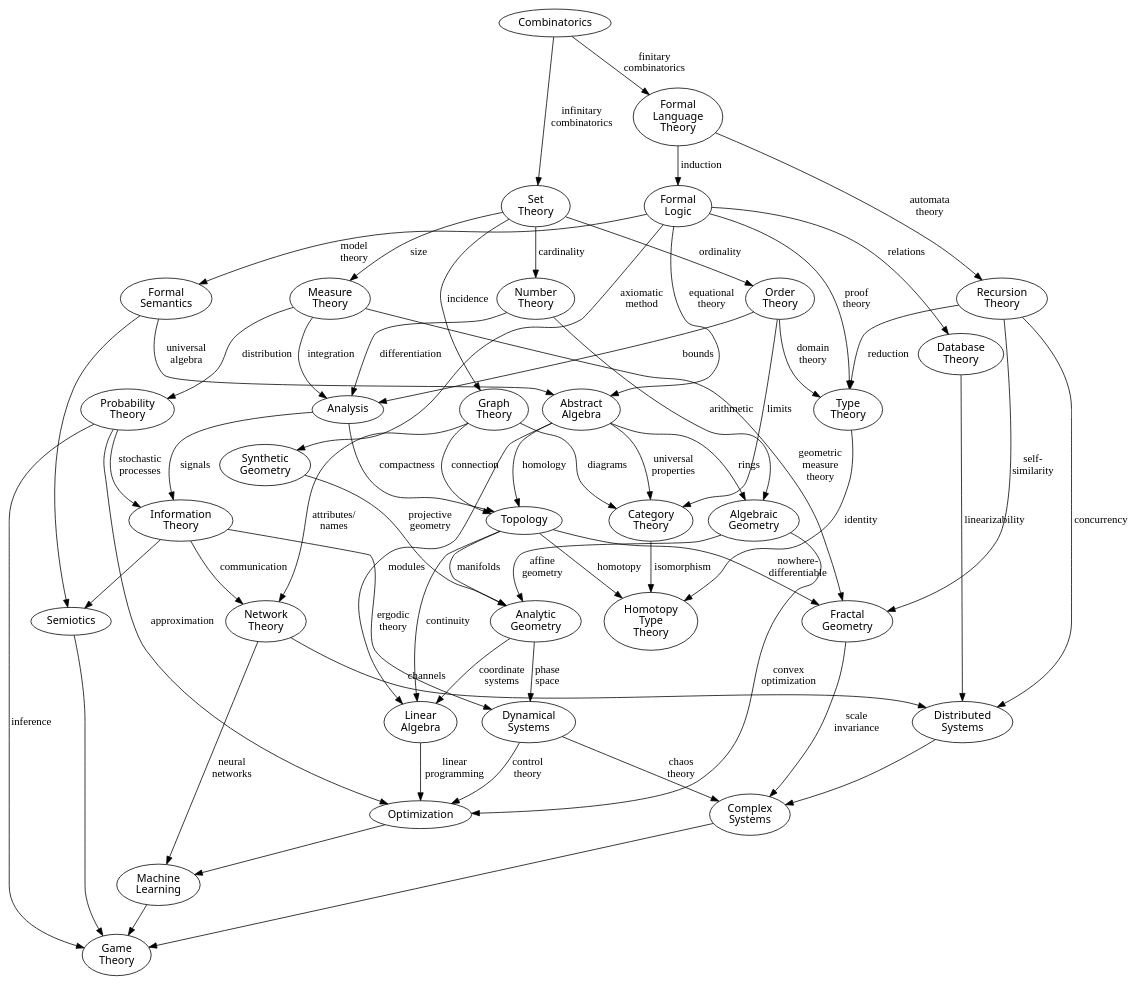
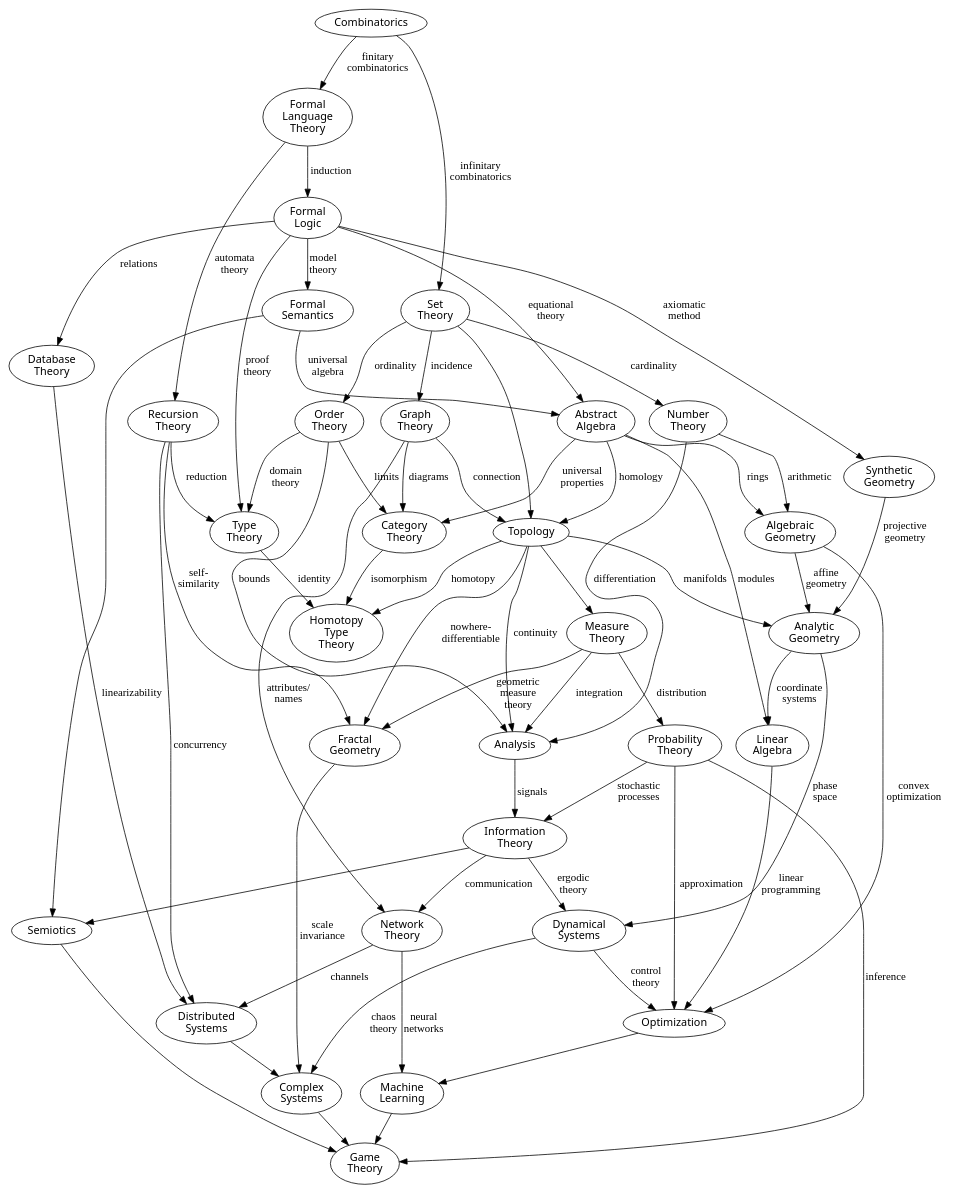
Before and after one commit to spearman/formal-logic: the diagram in topics.dot, drawn with Graphviz. The commit also changed 9 other files, not shown here.

```diff
--- a/topics.dot
+++ b/topics.dot
@@ -1,163 +1,163 @@
 digraph topics {
   node [ fontname = "sans" ];
   "Combinatorics";
   "Formal\nLanguage\nTheory";
   "Formal\nLogic";
   "Formal\nSemantics";
   "Semiotics";
   "Abstract\nAlgebra";
   "Set\nTheory";
   "Graph\nTheory";
   "Network\nTheory";
   "Dynamical\nSystems";
   "Category\nTheory";
   "Measure\nTheory";
   "Probability\nTheory";
   "Information\nTheory";
   "Game\nTheory";
   "Optimization";
   "Machine\nLearning";
   "Number\nTheory";
   "Algebraic\nGeometry";
   "Analytic\nGeometry";
   "Synthetic\nGeometry";
   "Fractal\nGeometry";
   "Order\nTheory";
   "Analysis";
   "Recursion\nTheory";
   "Distributed\nSystems";
   "Complex\nSystems";
   "Database\nTheory";
   "Type\nTheory";
   "Homotopy\nType\nTheory";
   "Combinatorics" -> "Formal\nLanguage\nTheory"
     [ label = "finitary\ncombinatorics", fontname="sans italic" ]
   "Formal\nLanguage\nTheory" -> "Formal\nLogic"
     [ label = "induction", fontname="sans italic" ]
   "Formal\nLogic" -> "Formal\nSemantics"
     [ label = "model\ntheory", fontname="sans italic" ]
   "Formal\nLogic" -> "Abstract\nAlgebra"
     [ label = "equational\ntheory", fontname="sans italic" ]
   "Formal\nSemantics" -> "Abstract\nAlgebra"
     [ label = "universal\nalgebra", fontname="sans italic" ]
   "Abstract\nAlgebra" -> "Category\nTheory"
     [ label = "universal\nproperties", fontname="sans italic" ]
   "Abstract\nAlgebra" -> "Linear\nAlgebra"
     [ label = "modules", fontname="sans italic" ]
   "Analytic\nGeometry" -> "Linear\nAlgebra"
     [ label = "coordinate\nsystems", fontname="sans italic" ]
   "Algebraic\nGeometry" -> "Optimization"
     [ label = "convex\noptimization", fontname="sans italic" ]
   "Linear\nAlgebra" -> "Optimization"
     [ label = "linear\nprogramming", fontname="sans italic" ]
   "Probability\nTheory" -> "Optimization"
     [ label = "approximation", fontname="sans italic" ]
   "Probability\nTheory" -> "Game\nTheory"
     [ label = "inference", fontname="sans italic" ]
-  "Topology" -> "Linear\nAlgebra"
+  "Topology" -> "Analysis"
     [ label = "continuity", fontname="sans italic" ]
+  "Topology" -> "Measure\nTheory"
+    [ label = "", fontname="sans italic" ]
   "Topology" -> "Analytic\nGeometry"
     [ label = "manifolds", fontname="sans italic" ]
   "Abstract\nAlgebra" -> "Topology"
     [ label = "homology", fontname="sans italic" ]
   "Formal\nLogic" -> "Synthetic\nGeometry"
     [ label = "axiomatic\nmethod", fontname="sans italic" ]
   "Synthetic\nGeometry" -> "Analytic\nGeometry"
     [ label = "projective\ngeometry", fontname="sans italic" ]
   "Algebraic\nGeometry" -> "Analytic\nGeometry"
     [ label = "affine\ngeometry", fontname="sans italic" ]
   "Analytic\nGeometry" -> "Dynamical\nSystems"
     [ label = "phase\nspace", fontname="sans italic" ]
   "Graph\nTheory" -> "Network\nTheory"
     [ label = "attributes/\nnames", fontname="sans italic" ]
   "Network\nTheory" -> "Distributed\nSystems"
     [ label = "channels", fontname="sans italic" ]
   "Distributed\nSystems" -> "Complex\nSystems"
     [ label = "", fontname="sans italic" ]
   "Dynamical\nSystems" -> "Complex\nSystems"
     [ label = "chaos\ntheory", fontname="sans italic" ]
   "Analysis" -> "Information\nTheory"
     [ label = "signals", fontname="sans italic" ]
   "Dynamical\nSystems" -> "Optimization"
     [ label = "control\ntheory", fontname="sans italic" ]
   "Optimization" -> "Machine\nLearning"
     [ label = "", fontname="sans italic" ]
   "Network\nTheory" -> "Machine\nLearning"
     [ label = "neural\nnetworks", fontname="sans italic" ]
   "Combinatorics" -> "Set\nTheory"
     [ label = "infinitary\ncombinatorics", fontname="sans italic" ]
   "Set\nTheory" -> "Order\nTheory"
     [ label = "ordinality", fontname="sans italic" ]
   "Set\nTheory" -> "Graph\nTheory"
     [ label = "incidence", fontname="sans italic" ]
+  "Set\nTheory" -> "Topology"
+    [ label = "", fontname="sans italic" ]
   "Graph\nTheory" -> "Category\nTheory"
     [ label = "diagrams", fontname="sans italic" ]
   "Graph\nTheory" -> "Topology"
     [ label = "connection", fontname="sans italic" ]
-  "Analysis" -> "Topology"
-    [ label = "compactness", fontname="sans italic" ]
   "Order\nTheory" -> "Type\nTheory"
     [ label = "domain\ntheory", fontname="sans italic" ]
   "Set\nTheory" -> "Number\nTheory"
     [ label = "cardinality", fontname="sans italic" ]
-  "Set\nTheory" -> "Measure\nTheory"
-    [ label = "size", fontname="sans italic" ]
   "Order\nTheory" -> "Analysis"
     [ label = "bounds", fontname="sans italic" ]
   "Order\nTheory" -> "Category\nTheory"
     [ label = "limits", fontname="sans italic" ]
   "Number\nTheory" -> "Analysis"
     [ label = "differentiation", fontname="sans italic" ]
   "Number\nTheory" -> "Algebraic\nGeometry"
     [ label = "arithmetic", fontname="sans italic" ]
   "Abstract\nAlgebra" -> "Algebraic\nGeometry"
     [ label = "rings", fontname="sans italic" ]
   "Measure\nTheory" -> "Analysis"
     [ label = "integration", fontname="sans italic" ]
   "Measure\nTheory" -> "Probability\nTheory"
     [ label = "distribution", fontname="sans italic" ]
   "Probability\nTheory" -> "Information\nTheory"
     [ label = "stochastic\nprocesses", fontname="sans italic" ]
   "Information\nTheory" -> "Dynamical\nSystems"
     [ label = "ergodic\ntheory", fontname="sans italic" ]
   "Information\nTheory" -> "Network\nTheory"
     [ label = "communication", fontname="sans italic" ]
   "Information\nTheory" -> "Semiotics"
     [ label = "", fontname="sans italic" ]
   "Formal\nSemantics" -> "Semiotics"
     [ label = "", fontname="sans italic" ]
   "Formal\nLanguage\nTheory" -> "Recursion\nTheory"
     [ label = "automata\ntheory", fontname="sans italic" ]
   "Recursion\nTheory" -> "Fractal\nGeometry"
     [ label = "self-\nsimilarity", fontname="sans italic" ]
   "Measure\nTheory" -> "Fractal\nGeometry"
     [ label = "geometric\nmeasure\ntheory", fontname="sans italic" ]
   "Recursion\nTheory" -> "Type\nTheory"
     [ label = "reduction", fontname="sans italic" ]
   "Formal\nLogic" -> "Type\nTheory"
     [ label = "proof\ntheory", fontname="sans italic" ]
   "Formal\nLogic" -> "Database\nTheory"
     [ label = "relations", fontname="sans italic" ]
   "Database\nTheory" -> "Distributed\nSystems"
     [ label = "linearizability", fontname="sans italic" ]
   "Recursion\nTheory" -> "Distributed\nSystems"
     [ label = "concurrency", fontname="sans italic" ]
   "Fractal\nGeometry" -> "Complex\nSystems"
     [ label = "scale\ninvariance", fontname="sans italic" ]
   "Type\nTheory" -> "Homotopy\nType\nTheory"
     [ label = "identity", fontname="sans italic" ]
   "Category\nTheory" -> "Homotopy\nType\nTheory"
     [ label = "isomorphism", fontname="sans italic" ]
   "Topology" -> "Homotopy\nType\nTheory"
     [ label = "homotopy", fontname="sans italic" ]
   "Topology" -> "Fractal\nGeometry"
     [ label = "nowhere-\ndifferentiable", fontname="sans italic" ]
   //"Optimization" -> "Game\nTheory"
   //  [ label = "", fontname="sans italic" ]
   "Semiotics" -> "Game\nTheory"
     [ label = "", fontname="sans italic" ]
   "Complex\nSystems" -> "Game\nTheory"
     [ label = "", fontname="sans italic" ]
   "Machine\nLearning" -> "Game\nTheory"
     [ label = "", fontname="sans italic" ]
 }
```
